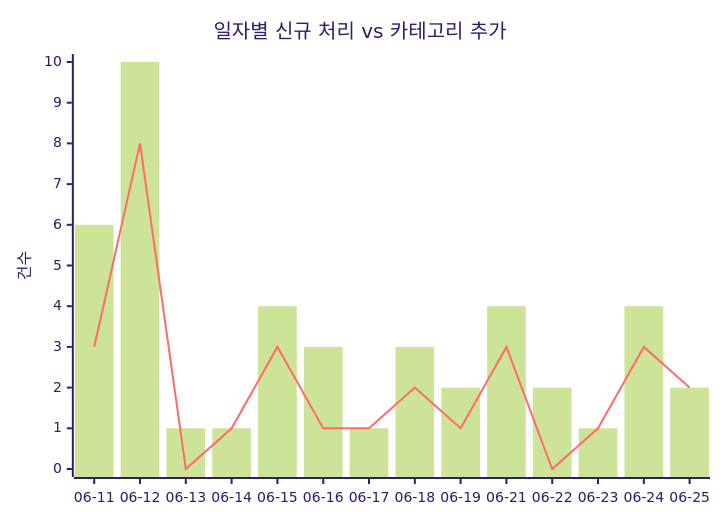
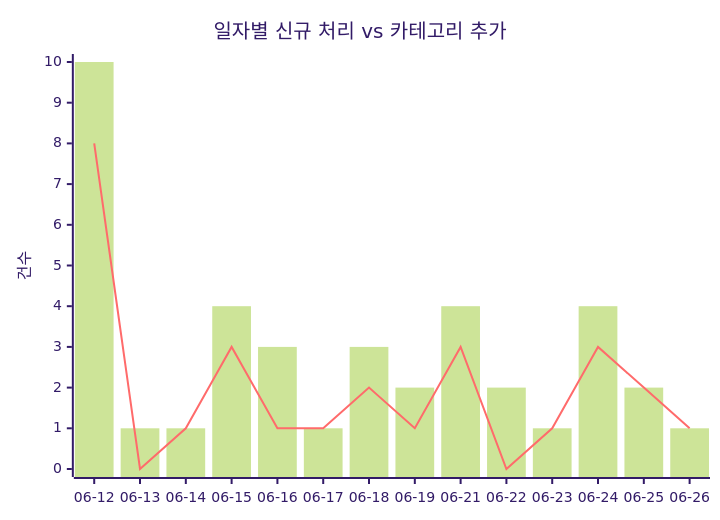
Before and after one commit to J-nowcow/awesome-korean-agent-skills: the first of 2 diagrams in docs/trends.md, drawn with Mermaid (forest theme). The commit also changed other lines of this file and 3 other files, not shown here.

````diff
--- a/docs/trends.md
+++ b/docs/trends.md
@@ -32,8 +32,8 @@
 ```mermaid
 xychart-beta
     title "일자별 신규 처리 vs 카테고리 추가"
-    x-axis ["06-11","06-12","06-13","06-14","06-15","06-16","06-17","06-18","06-19","06-21","06-22","06-23","06-24","06-25"]
+    x-axis ["06-12","06-13","06-14","06-15","06-16","06-17","06-18","06-19","06-21","06-22","06-23","06-24","06-25","06-26"]
     y-axis "건수"
-    bar [6,10,1,1,4,3,1,3,2,4,2,1,4,2]
-    line [3,8,0,1,3,1,1,2,1,3,0,1,3,2]
+    bar [10,1,1,4,3,1,3,2,4,2,1,4,2,1]
+    line [8,0,1,3,1,1,2,1,3,0,1,3,2,1]
 ```
````
